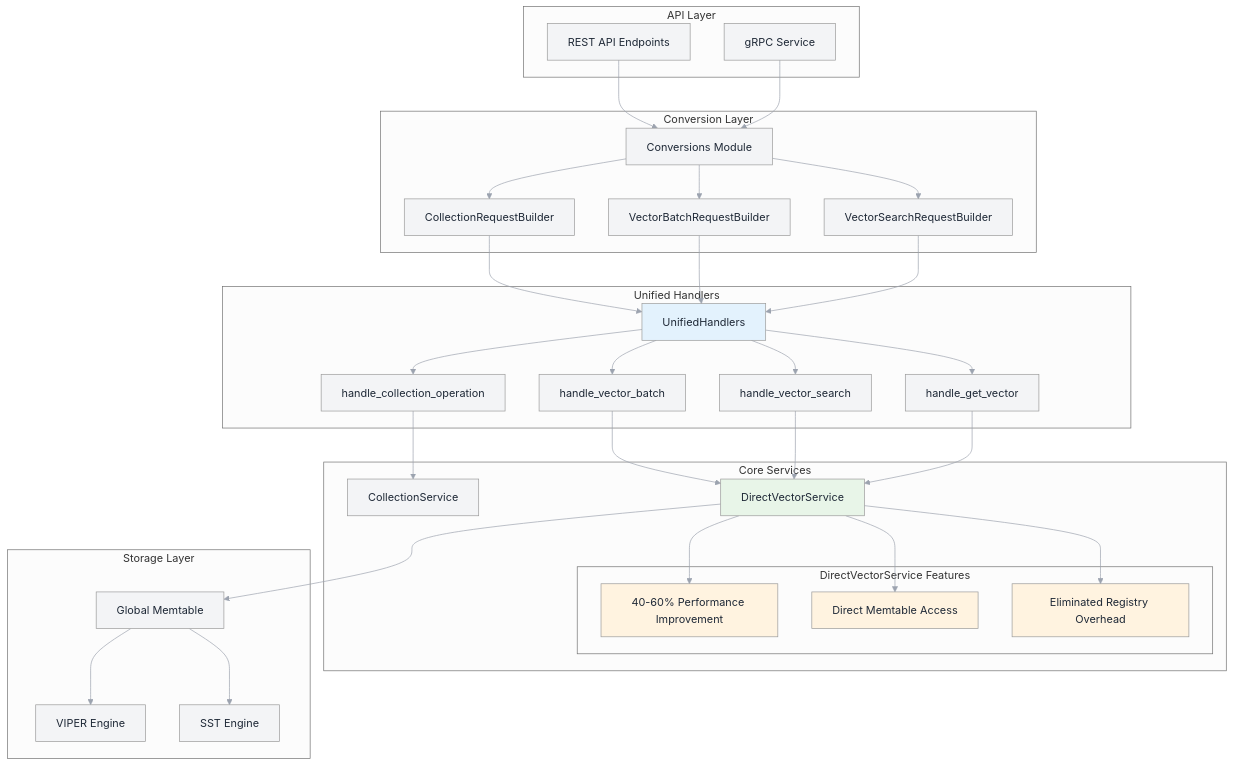
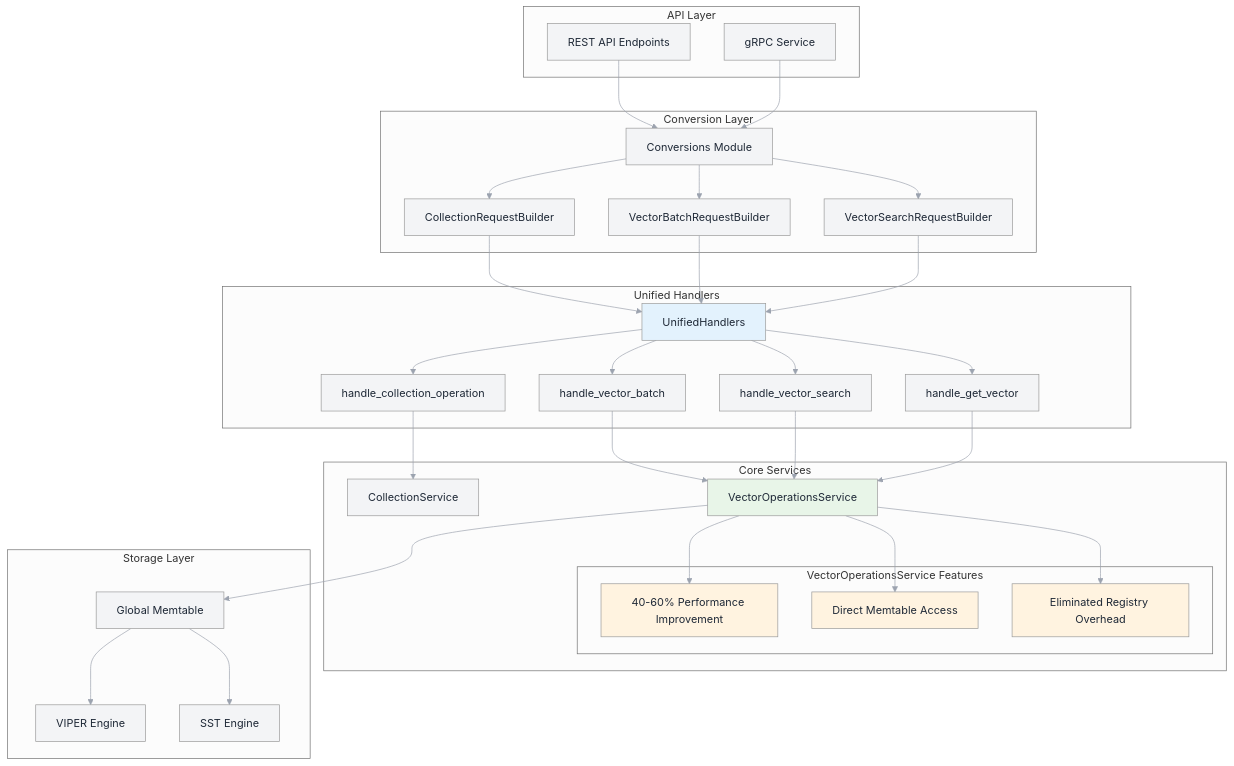
Before and after one commit to vjsingh1984/proximaDB: the diagram in docs/diagrams/unified-handlers-architecture.mmd, drawn with Mermaid. The commit also changed 21 other files, not shown here.

First line of the commit message:
refactor: update diagrams to reflect current codebase naming

```diff
--- a/docs/diagrams/unified-handlers-architecture.mmd
+++ b/docs/diagrams/unified-handlers-architecture.mmd
@@ -1,72 +1,72 @@
 %%{init: {'theme':'neutral', 'themeVariables': {'primaryColor':'#3b82f6','primaryTextColor':'#1f2937','primaryBorderColor':'#6b7280','lineColor':'#9ca3af','secondaryColor':'#10b981','tertiaryColor':'#f59e0b','background':'transparent','mainBkg':'#f3f4f6','secondBkg':'#e5e7eb','textColor':'#1f2937'}}}%%
 flowchart TD
     subgraph "API Layer"
         REST[REST API Endpoints]
         GRPC[gRPC Service]
     end
     
     subgraph "Unified Handlers"
         UH[UnifiedHandlers]
         CH[handle_collection_operation]
         VH[handle_vector_batch]
         SH[handle_vector_search]
         GH[handle_get_vector]
     end
     
     subgraph "Conversion Layer"
         CONV[Conversions Module]
         CRB[CollectionRequestBuilder]
         VBB[VectorBatchRequestBuilder]
         VSB[VectorSearchRequestBuilder]
     end
     
     subgraph "Core Services"
         CS[CollectionService]
-        DVS[DirectVectorService]
-        subgraph "DirectVectorService Features"
+        VOS[VectorOperationsService]
+        subgraph "VectorOperationsService Features"
             DV1[40-60% Performance Improvement]
             DV2[Direct Memtable Access]
             DV3[Eliminated Registry Overhead]
         end
     end
     
     subgraph "Storage Layer"
         GM[Global Memtable]
         VE[VIPER Engine]
         SE[SST Engine]
     end
     
     REST --> CONV
     GRPC --> CONV
     
     CONV --> CRB
     CONV --> VBB
     CONV --> VSB
     
     CRB --> UH
     VBB --> UH  
     VSB --> UH
     
     UH --> CH
     UH --> VH
     UH --> SH
     UH --> GH
     
     CH --> CS
-    VH --> DVS
-    SH --> DVS
-    GH --> DVS
+    VH --> VOS
+    SH --> VOS
+    GH --> VOS
     
-    DVS --> DV1
-    DVS --> DV2
-    DVS --> DV3
+    VOS --> DV1
+    VOS --> DV2
+    VOS --> DV3
     
-    DVS --> GM
+    VOS --> GM
     GM --> VE
     GM --> SE
     
     style UH fill:#e3f2fd
-    style DVS fill:#e8f5e8
+    style VOS fill:#e8f5e8
     style DV1 fill:#fff3e0
     style DV2 fill:#fff3e0
     style DV3 fill:#fff3e0
```
